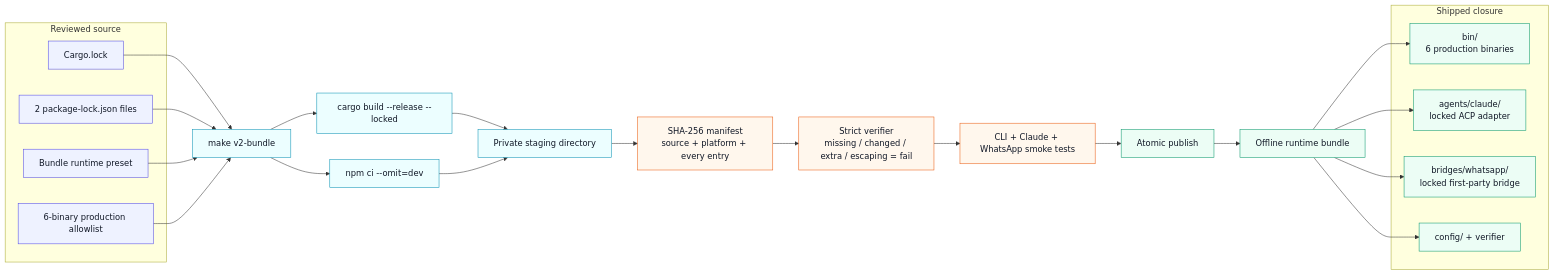
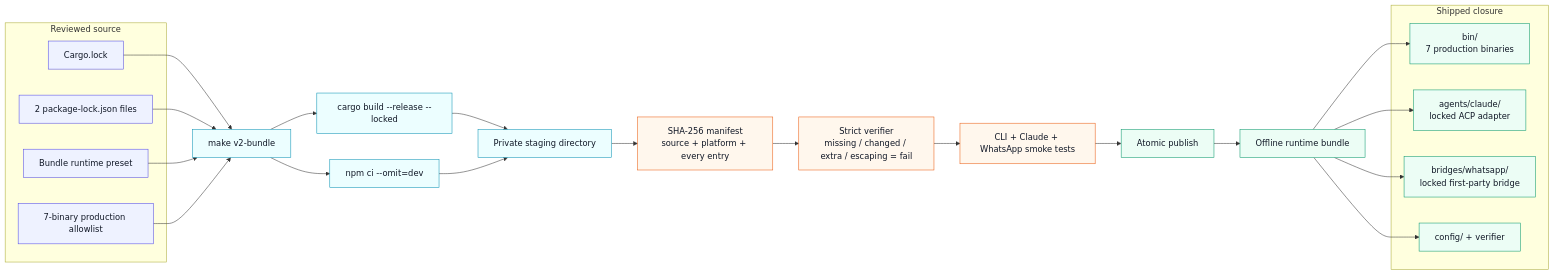
The diagram in v2/docs/runtime-bundle-flow.mmd (fontanierh/crab), drawn with Mermaid before and after one commit. The commit also changed 35 other files, not shown here.

```diff
--- a/v2/docs/runtime-bundle-flow.mmd
+++ b/v2/docs/runtime-bundle-flow.mmd
@@ -1,44 +1,44 @@
 flowchart LR
     subgraph SOURCE["Reviewed source"]
         CARGO["Cargo.lock"]
         NPM["2 package-lock.json files"]
         CONFIG["Bundle runtime preset"]
-        ALLOW["6-binary production allowlist"]
+        ALLOW["7-binary production allowlist"]
     end
 
     BUILD["make v2-bundle"]
     CARGO --> BUILD
     NPM --> BUILD
     CONFIG --> BUILD
     ALLOW --> BUILD
 
     BUILD --> RUST["cargo build --release --locked"]
     BUILD --> NODE["npm ci --omit=dev"]
     RUST --> STAGE["Private staging directory"]
     NODE --> STAGE
 
     STAGE --> MANIFEST["SHA-256 manifest\nsource + platform + every entry"]
     MANIFEST --> VERIFY["Strict verifier\nmissing / changed / extra / escaping = fail"]
     VERIFY --> SMOKE["CLI + Claude + WhatsApp smoke tests"]
     SMOKE --> ATOMIC["Atomic publish"]
 
     ATOMIC --> BUNDLE["Offline runtime bundle"]
     subgraph CONTENTS["Shipped closure"]
-        BIN["bin/\n6 production binaries"]
+        BIN["bin/\n7 production binaries"]
         AGENT["agents/claude/\nlocked ACP adapter"]
         BRIDGE["bridges/whatsapp/\nlocked first-party bridge"]
         CFG["config/ + verifier"]
     end
     BUNDLE --> BIN
     BUNDLE --> AGENT
     BUNDLE --> BRIDGE
     BUNDLE --> CFG
 
     classDef source fill:#eef2ff,stroke:#4f46e5,color:#111827;
     classDef action fill:#ecfeff,stroke:#0891b2,color:#111827;
     classDef failclosed fill:#fff7ed,stroke:#ea580c,color:#111827;
     classDef result fill:#ecfdf5,stroke:#059669,color:#111827;
     class CARGO,NPM,CONFIG,ALLOW source;
     class BUILD,RUST,NODE,STAGE action;
     class MANIFEST,VERIFY,SMOKE failclosed;
     class ATOMIC,BUNDLE,BIN,AGENT,BRIDGE,CFG result;
```
